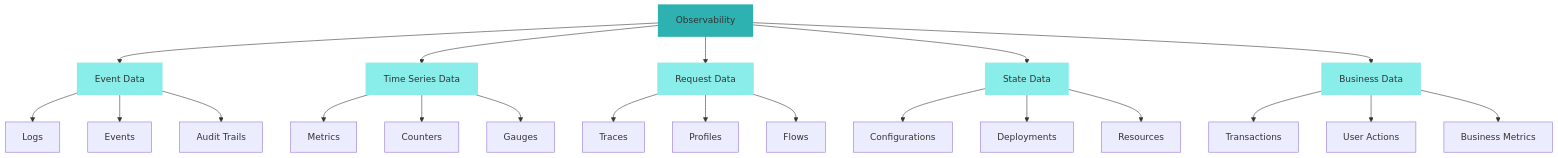
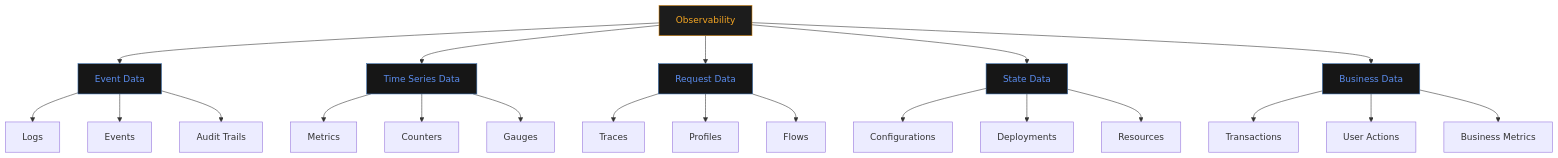
Before and after one commit to radra23/scryops-site: the first of 2 diagrams in content/guides/logging-foundations.md, drawn with Mermaid. The commit also changed other lines of this file and 15 other files, not shown here.

```diff
--- a/content/guides/logging-foundations.md
+++ b/content/guides/logging-foundations.md
@@ -16,35 +16,35 @@
 {{< mermaid >}}
 graph TD
     A[Observability] --> B[Event Data]
     A --> C[Time Series Data]
     A --> D[Request Data]
     A --> E[State Data]
     A --> F[Business Data]
     
     B --> B1[Logs]
     B --> B2[Events]
     B --> B3[Audit Trails]
     
     C --> C1[Metrics]
     C --> C2[Counters]
     C --> C3[Gauges]
     
     D --> D1[Traces]
     D --> D2[Profiles]
     D --> D3[Flows]
     
     E --> E1[Configurations]
     E --> E2[Deployments]
     E --> E3[Resources]
     
     F --> F1[Transactions]
     F --> F2[User Actions]
     F --> F3[Business Metrics]
     
-    style A fill:#2EB2B1,stroke:#2EB2B1,stroke-width:4px
-    style B fill:#89EDEA,stroke:#89EDEA,stroke-width:4px
-    style C fill:#89EDEA,stroke:#89EDEA,stroke-width:4px
-    style D fill:#89EDEA,stroke:#89EDEA,stroke-width:4px
-    style E fill:#89EDEA,stroke:#89EDEA,stroke-width:4px
-    style F fill:#89EDEA,stroke:#89EDEA,stroke-width:4px
+    style A fill:#1C1C1C,stroke:#D4820A,color:#F5A623
+    style B fill:#161616,stroke:#3A6FAF,color:#5B8DEF
+    style C fill:#161616,stroke:#3A6FAF,color:#5B8DEF
+    style D fill:#161616,stroke:#3A6FAF,color:#5B8DEF
+    style E fill:#161616,stroke:#3A6FAF,color:#5B8DEF
+    style F fill:#161616,stroke:#3A6FAF,color:#5B8DEF
 {{< /mermaid >}}
```
